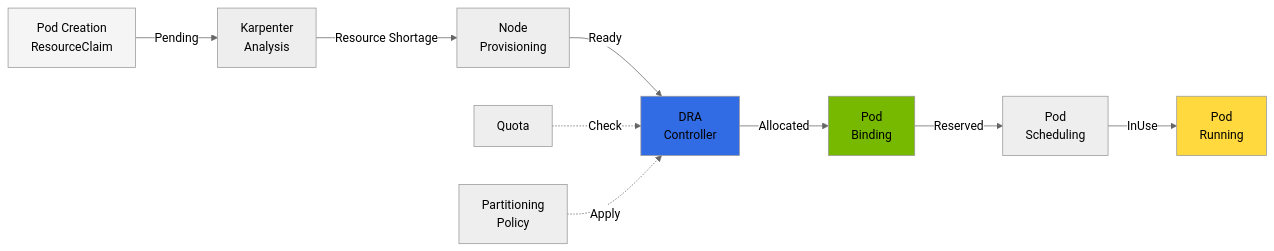
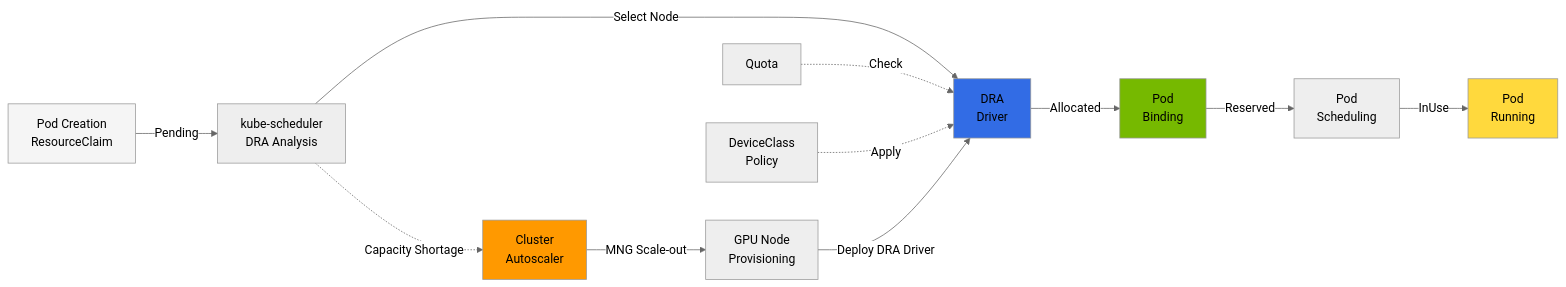
The third of 5 diagrams in i18n/en/docusaurus-plugin-content-docs/current/agentic-ai-platform/model-serving/gpu-resource-management.md (devfloor9/engineering-playbook), drawn with Mermaid (neutral theme) before and after one commit. The commit also changed other lines of this file and 2 other files, not shown here.

First line of the commit message:
docs(i18n/en): sync 3 model-serving docs with Korean source (DRA compatibility)

````diff
--- a/i18n/en/docusaurus-plugin-content-docs/current/agentic-ai-platform/model-serving/gpu-resource-management.md
+++ b/i18n/en/docusaurus-plugin-content-docs/current/agentic-ai-platform/model-serving/gpu-resource-management.md
@@ -328,17 +405,21 @@
 ```mermaid
 flowchart LR
-    A[Pod Creation<br/>ResourceClaim] -->|Pending| B[Karpenter<br/>Analysis]
-    B -->|Resource Shortage| C[Node<br/>Provisioning]
-    C -->|Ready| D[DRA<br/>Controller]
+    A[Pod Creation<br/>ResourceClaim] -->|Pending| B[kube-scheduler<br/>DRA Analysis]
+    B -->|Select Node| D[DRA<br/>Driver]
     D -->|Allocated| E[Pod<br/>Binding]
     E -->|Reserved| F[Pod<br/>Scheduling]
     F -->|InUse| G[Pod<br/>Running]
 
     H[Quota] -.->|Check| D
-    I[Partitioning<br/>Policy] -.->|Apply| D
+    I[DeviceClass<br/>Policy] -.->|Apply| D
+
+    B -.->|Capacity Shortage| CA[Cluster<br/>Autoscaler]
+    CA -->|MNG Scale-out| N[GPU Node<br/>Provisioning]
+    N -->|Deploy DRA Driver| D
 
     style A fill:#f5f5f5
     style D fill:#326ce5
     style E fill:#76b900
     style G fill:#ffd93d
+    style CA fill:#ff9900
 ```
````
